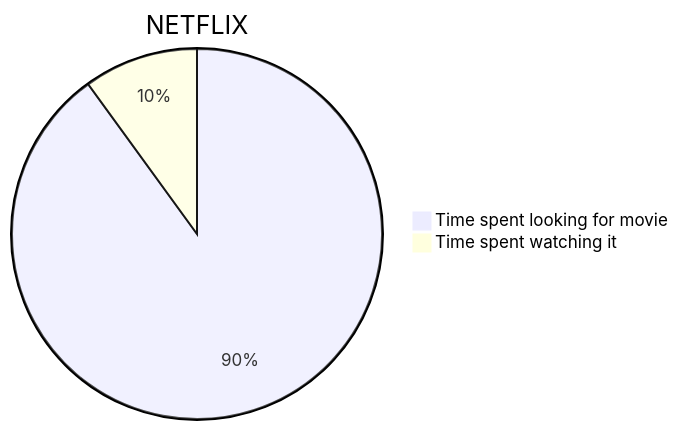
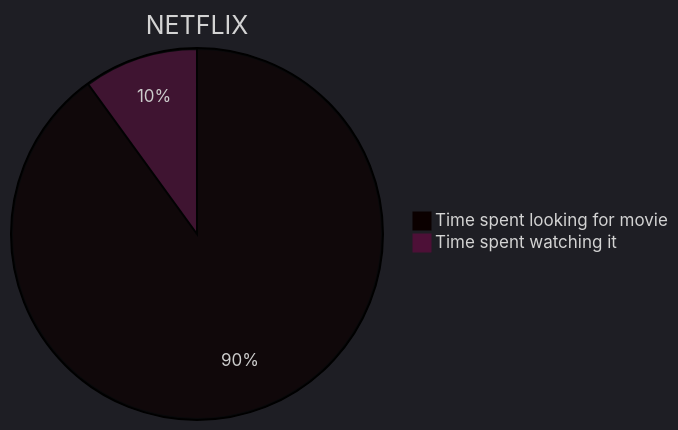
Before and after one commit to john-gitbook/mermaid: the diagram in merm.md, drawn with Mermaid.

````diff
--- a/merm.md
+++ b/merm.md
@@ -3,6 +3,6 @@
 ```mermaid
-%%{init: {'background':'dark'}}%%
+%%{init: {'theme': 'dark', 'themeCSS': 'svg {background-color: black}'}}%%
 pie title NETFLIX
          "Time spent looking for movie" : 90
          "Time spent watching it" : 10
 ```
````
